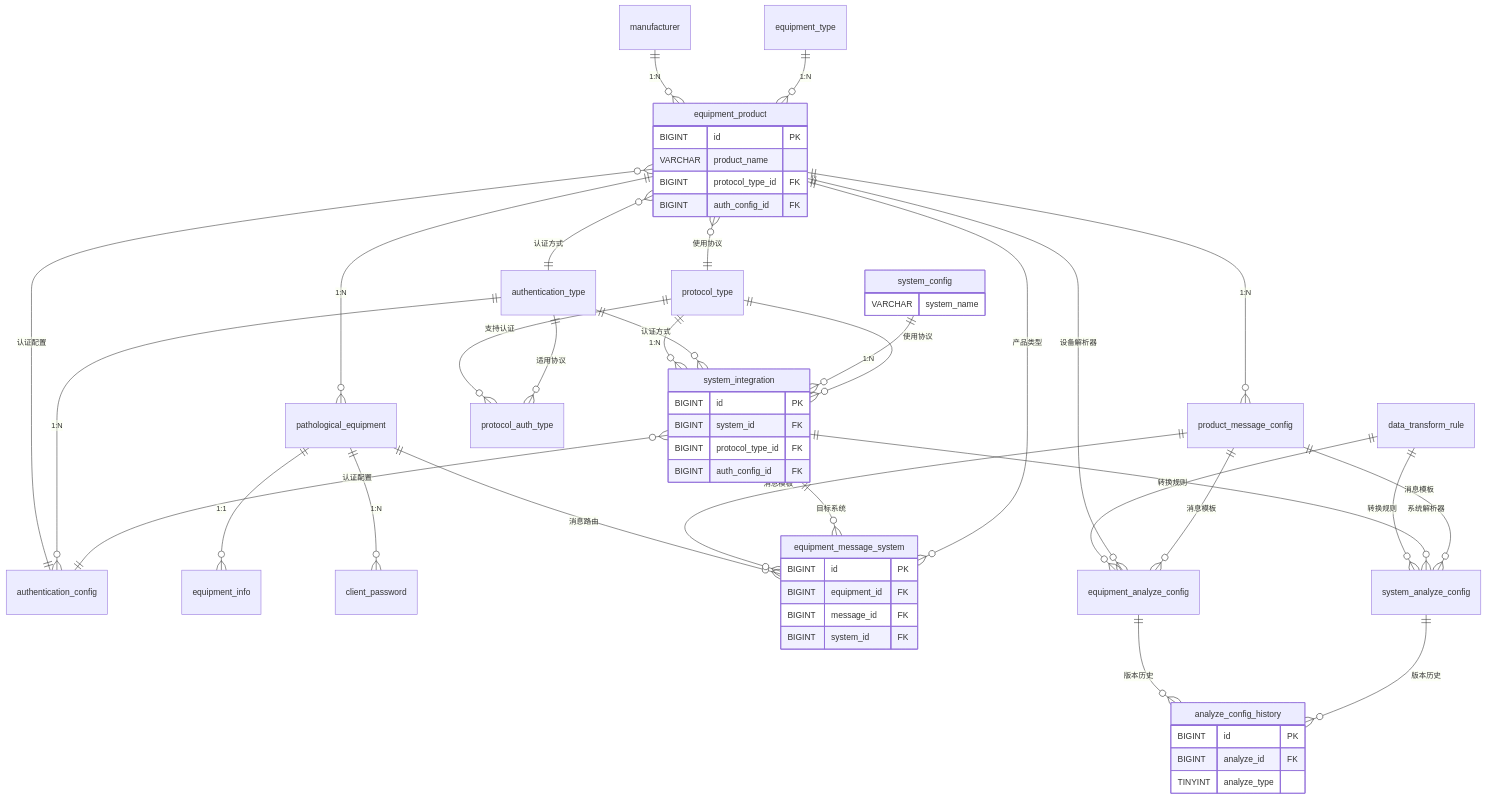
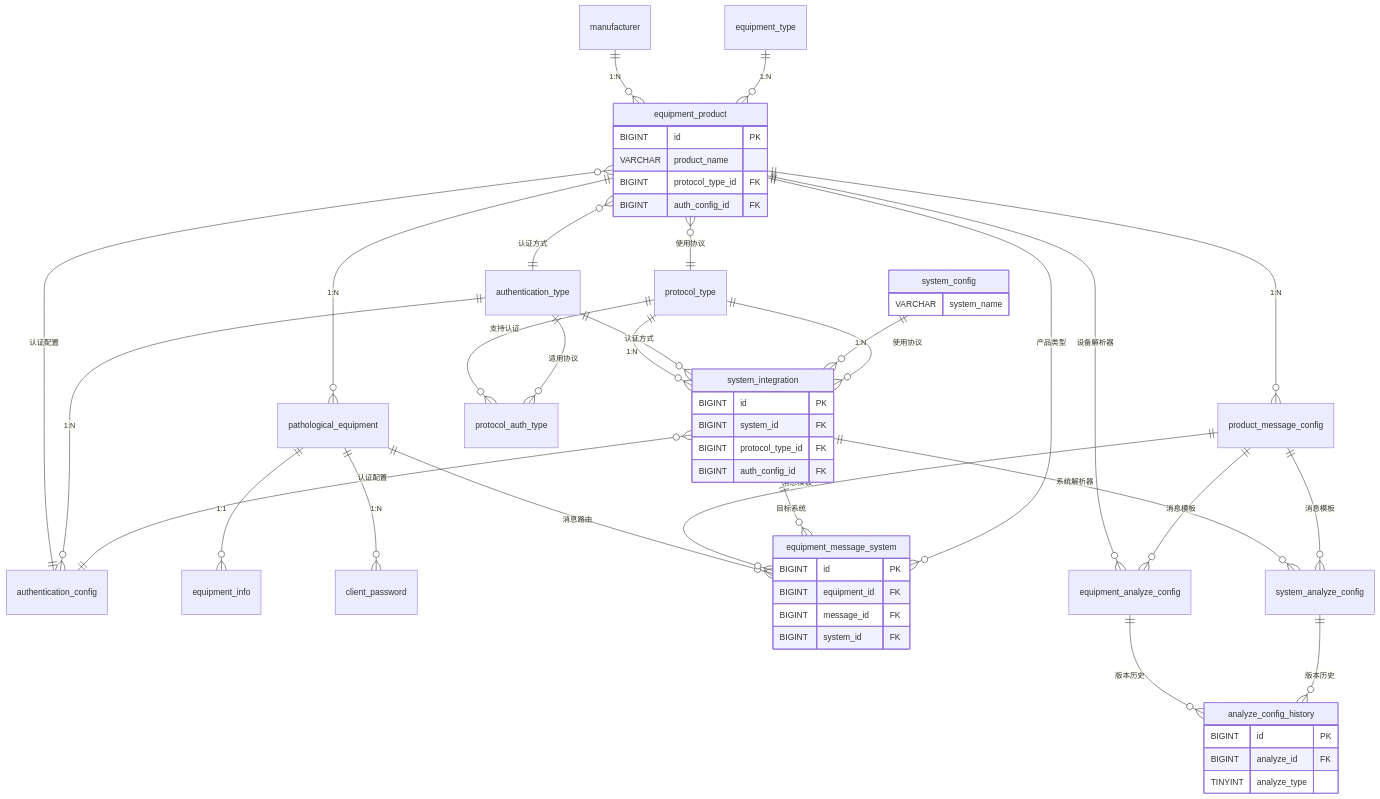
One commit to fuyong859050943/iodraw-files changed the diagram in all/未命名-3.md. Above: the diagram before and after it, drawn with Mermaid.

Commit message:
2025-02-26 15:33:31 update

````diff
--- a/all/未命名-3.md
+++ b/all/未命名-3.md
@@ -1,81 +1,80 @@
 ```mermaid
 erDiagram
     %% 核心实体    
     manufacturer ||--o{ equipment_product : "1:N"
     equipment_type ||--o{ equipment_product : "1:N"
     
     %% 设备产品关系组
     equipment_product ||--o{ pathological_equipment : "1:N"
     equipment_product ||--o{ product_message_config : "1:N"
     equipment_product }o--|| protocol_type : "使用协议"
     equipment_product }o--|| authentication_type : "认证方式"
     equipment_product }o--|| authentication_config : "认证配置"
     
     pathological_equipment ||--o{ equipment_info : "1:1"
     pathological_equipment ||--o{ client_password : "1:N"
     pathological_equipment ||--o{ equipment_message_system : "消息路由"
     
     %% 协议认证关系组
 
     protocol_type ||--o{ system_integration : "1:N"
     protocol_type ||--o{ protocol_auth_type : "支持认证"
     
     authentication_type ||--o{ protocol_auth_type : "适用协议"
     authentication_type ||--o{ authentication_config : "1:N"
     authentication_type ||--o{ system_integration : "认证方式"
     
     %% 系统集成关系组
     system_config ||--o{ system_integration : "1:N"
     system_integration }o--|| protocol_type : "使用协议"
     system_integration }o--|| authentication_config : "认证配置"
     
     %% 消息路由组
     product_message_config ||--o{ equipment_message_system : "消息模板"
     system_integration ||--o{ equipment_message_system : "目标系统"
     equipment_message_system }o--|| equipment_product : "产品类型"
     
     %% 解析器配置组
-    data_transform_rule ||--o{ equipment_analyze_config : "转换规则"
-    data_transform_rule ||--o{ system_analyze_config : "转换规则"
+
     
     equipment_analyze_config ||--o{ analyze_config_history : "版本历史"
     system_analyze_config ||--o{ analyze_config_history : "版本历史"
     
     equipment_product ||--o{ equipment_analyze_config : "设备解析器"
     system_integration ||--o{ system_analyze_config : "系统解析器"
     product_message_config ||--o{ equipment_analyze_config : "消息模板"
     product_message_config ||--o{ system_analyze_config : "消息模板"
 
     %% 详细字段展示（关键表示例）    
     equipment_product {
         BIGINT id PK
         VARCHAR product_name
         BIGINT protocol_type_id FK
         BIGINT auth_config_id FK
     }
 
     system_config {
         VARCHAR system_name
     }
 
     system_integration {
         BIGINT id PK
         BIGINT system_id FK
         BIGINT protocol_type_id FK
         BIGINT auth_config_id FK
     }
     
     equipment_message_system {
         BIGINT id PK
         BIGINT equipment_id FK
         BIGINT message_id FK
         BIGINT system_id FK
     }
     
     analyze_config_history {
         BIGINT id PK
         BIGINT analyze_id FK
         TINYINT analyze_type
     }
           
 ```
````
